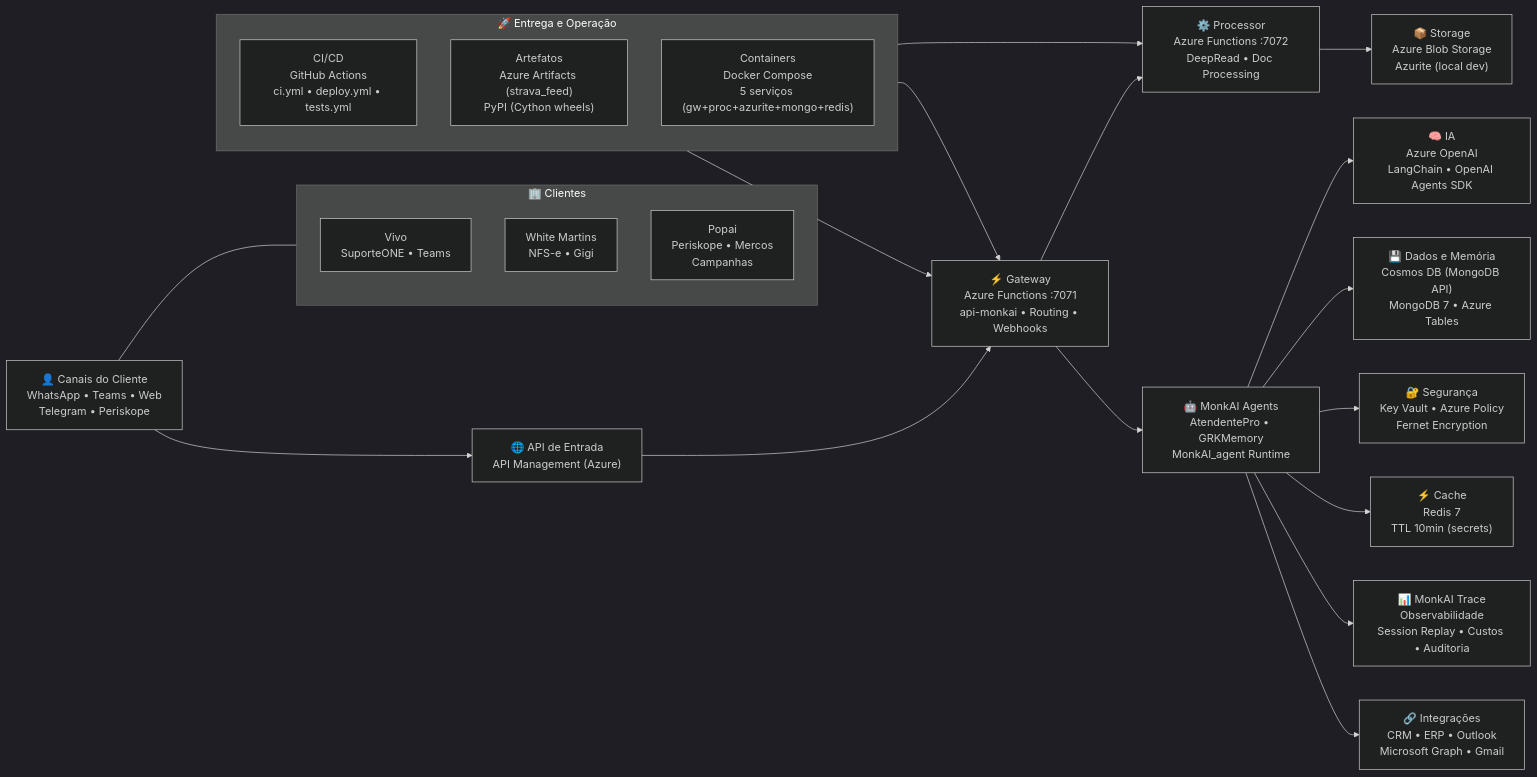
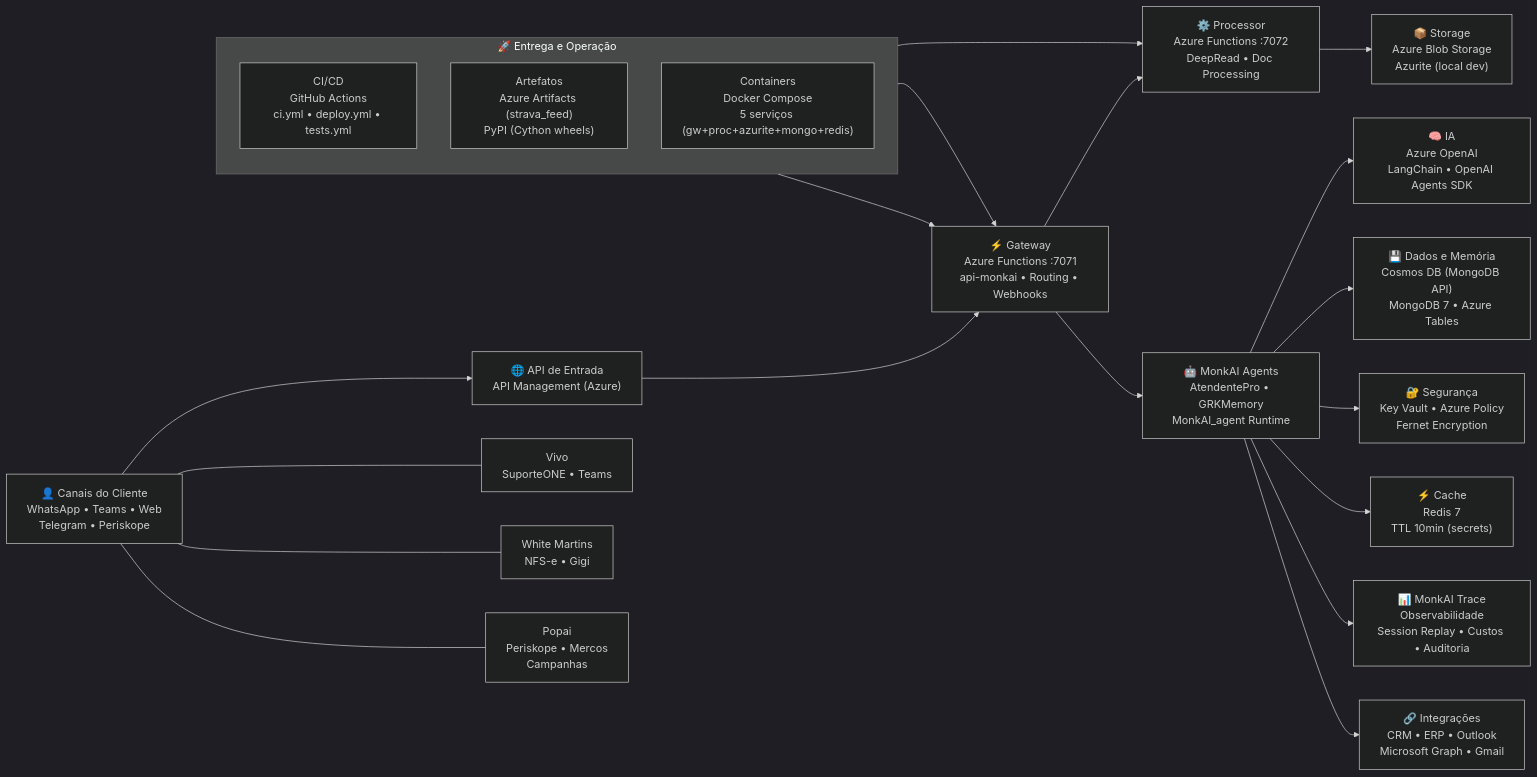
The first of 7 diagrams in ARQUITETURA.md (BeMonkAI/docs), drawn with Mermaid (dark theme) before and after one commit.

Commit message:
style: remove subgraph box around clients in architecture diagram
Display client nodes (Vivo, White Martins, Popai) as standalone
nodes instead of grouped in a subgraph container.

````diff
--- a/ARQUITETURA.md
+++ b/ARQUITETURA.md
@@ -9,41 +9,40 @@
 ```mermaid
 flowchart LR
     U["👤 Canais do Cliente<br/>WhatsApp • Teams • Web<br/>Telegram • Periskope"] --> APIM["🌐 API de Entrada<br/>API Management (Azure)"]
 
     APIM --> GW["⚡ Gateway<br/>Azure Functions :7071<br/>api-monkai • Routing • Webhooks"]
 
     GW --> PROC["⚙️ Processor<br/>Azure Functions :7072<br/>DeepRead • Doc Processing"]
 
     GW --> Agent["🤖 MonkAI Agents<br/>AtendentePro • GRKMemory<br/>MonkAI_agent Runtime"]
 
     Agent --> AOAI["🧠 IA<br/>Azure OpenAI<br/>LangChain • OpenAI Agents SDK"]
     Agent --> Data["💾 Dados e Memória<br/>Cosmos DB (MongoDB API)<br/>MongoDB 7 • Azure Tables"]
     Agent --> KV["🔐 Segurança<br/>Key Vault • Azure Policy<br/>Fernet Encryption"]
     Agent --> Cache["⚡ Cache<br/>Redis 7<br/>TTL 10min (secrets)"]
 
     Agent --> Trace["📊 MonkAI Trace<br/>Observabilidade<br/>Session Replay • Custos • Auditoria"]
 
     Agent --> Int["🔗 Integrações<br/>CRM • ERP • Outlook<br/>Microsoft Graph • Gmail"]
 
     PROC --> Blob["📦 Storage<br/>Azure Blob Storage<br/>Azurite (local dev)"]
 
-    subgraph Clients["🏢 Clientes"]
-        direction TB
-        Vivo["Vivo<br/>SuporteONE • Teams"]
-        WM["White Martins<br/>NFS-e • Gigi"]
-        Popai["Popai<br/>Periskope • Mercos<br/>Campanhas"]
-    end
+    Vivo["Vivo<br/>SuporteONE • Teams"]
+    WM["White Martins<br/>NFS-e • Gigi"]
+    Popai["Popai<br/>Periskope • Mercos<br/>Campanhas"]
 
-    U --- Clients
+    U --- Vivo
+    U --- WM
+    U --- Popai
 
     subgraph Deploy["🚀 Entrega e Operação"]
         direction TB
         CI["CI/CD<br/>GitHub Actions<br/>ci.yml • deploy.yml • tests.yml"]
         Artifacts["Artefatos<br/>Azure Artifacts (strava_feed)<br/>PyPI (Cython wheels)"]
         Docker["Containers<br/>Docker Compose<br/>5 serviços (gw+proc+azurite+mongo+redis)"]
     end
 
     CI --> GW
     CI --> PROC
     Artifacts --> GW
 ```
````
